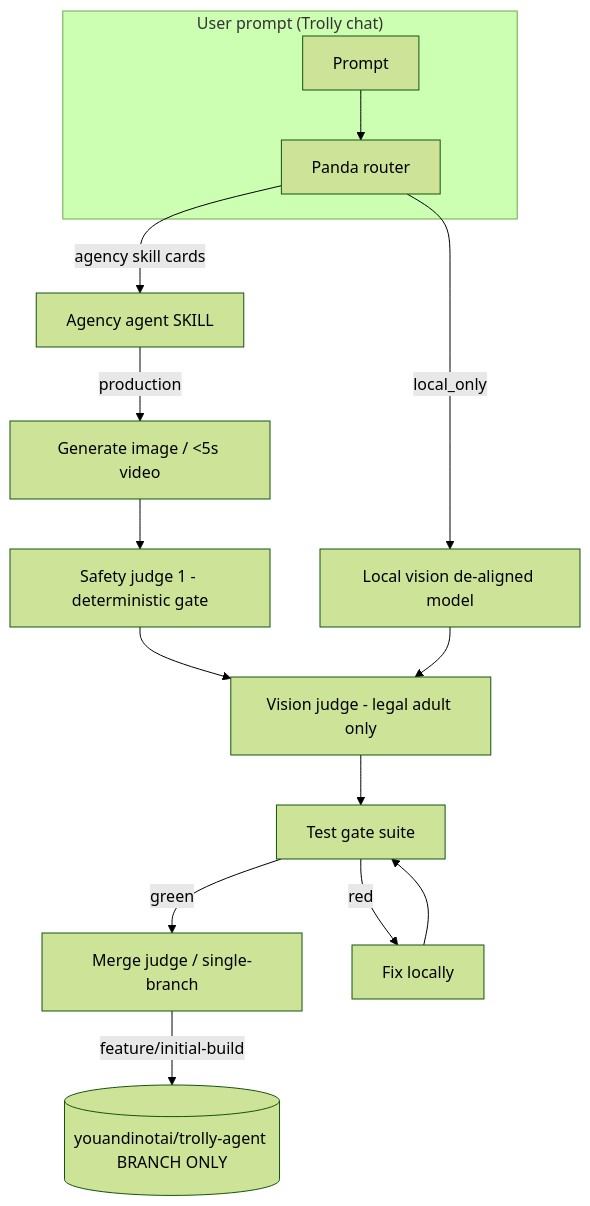
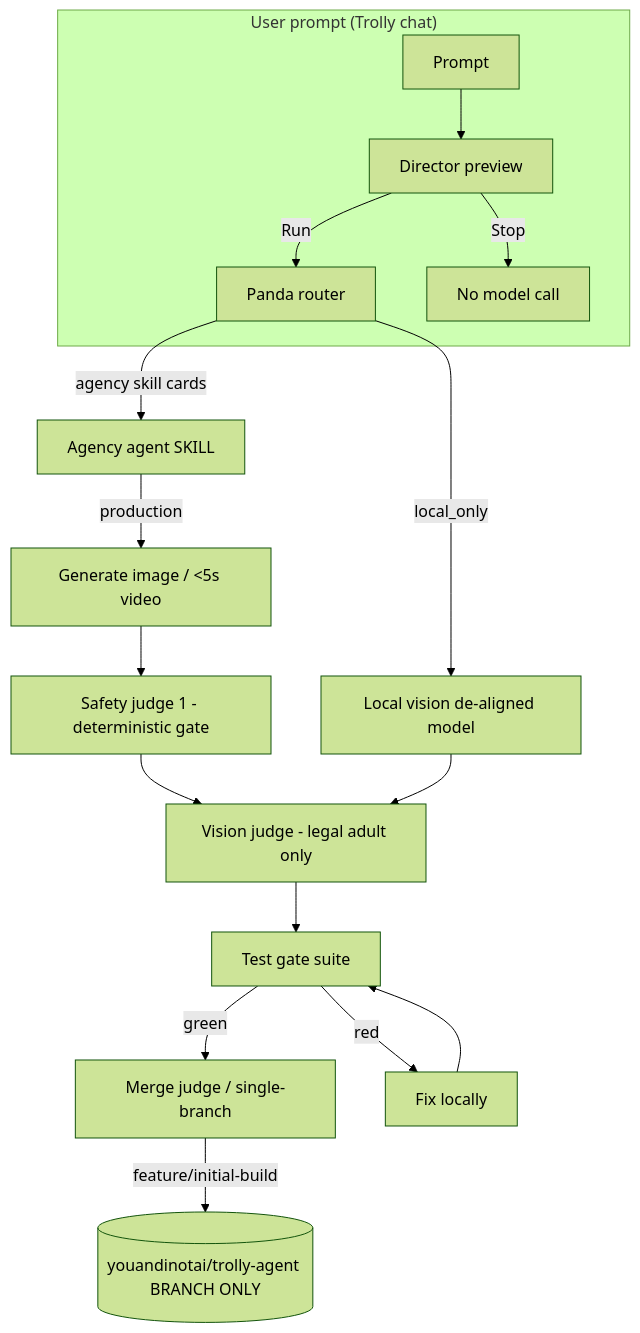
Before and after one commit to youandinotai/trolly-agent: the diagram in docs/ARCHITECTURE.md, drawn with Mermaid (forest theme). The commit also changed 11 other files, not shown here.

First line of the commit message:
Hold every Stage send in the Director panel until Run, and keep agent rule files in sync.

````diff
--- a/docs/ARCHITECTURE.md
+++ b/docs/ARCHITECTURE.md
@@ -3,17 +3,19 @@
 ```mermaid
 graph TD
   subgraph In["User prompt (Trolly chat)"]
-    U[Prompt] --> P[Panda router]
+    U[Prompt] --> D[Director preview]
+    D -->|Run| P[Panda router]
+    D -->|Stop| X[No model call]
   end
   P -->|local_only| M[Local vision de-aligned model]
   P -->|agency skill cards| A[Agency agent SKILL]
   A -->|production| G[Generate image / <5s video]
   G --> J1[Safety judge 1 - deterministic gate]
   J1 --> J2[Vision judge - legal adult only]
   M --> J2
   J2 --> TESTS[Test gate suite]
   TESTS -->|green| MERGE[Merge judge / single-branch]
   TESTS -->|red| FIX[Fix locally]
   FIX --> TESTS
   MERGE -->|feature/initial-build| REPO[(youandinotai/trolly-agent BRANCH ONLY)]
 ```
````
